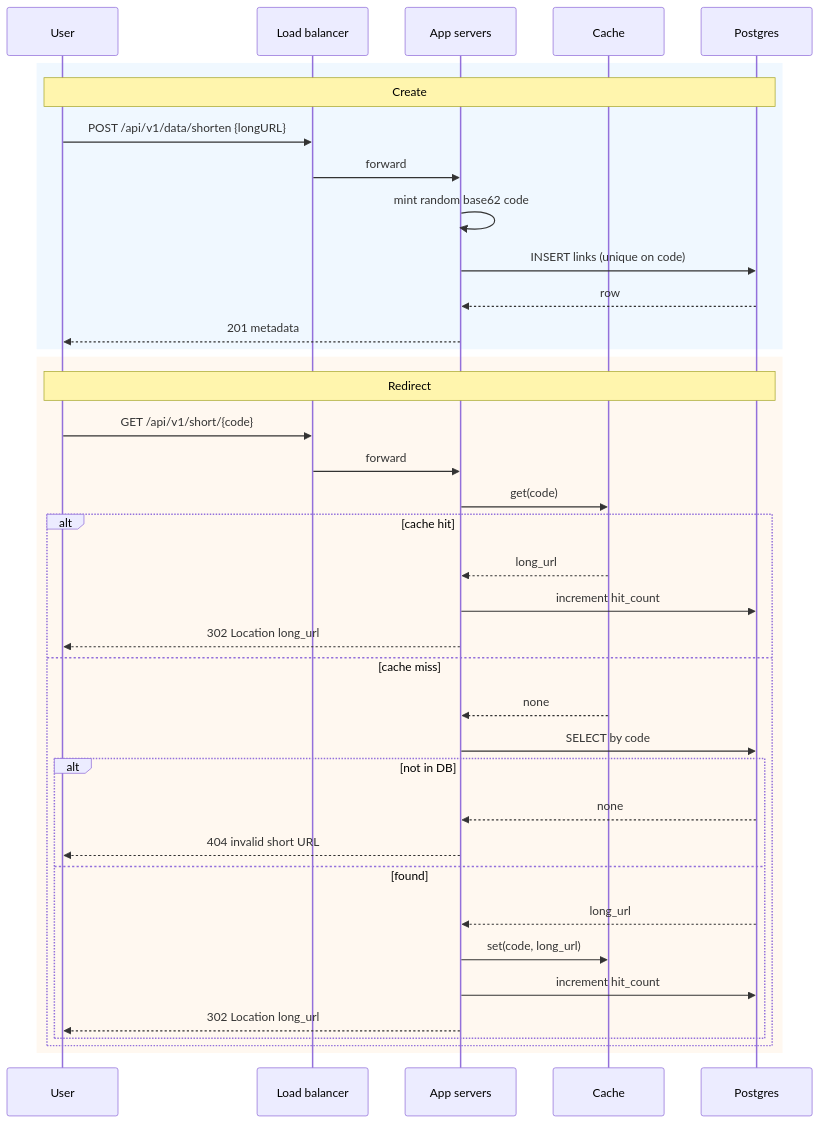
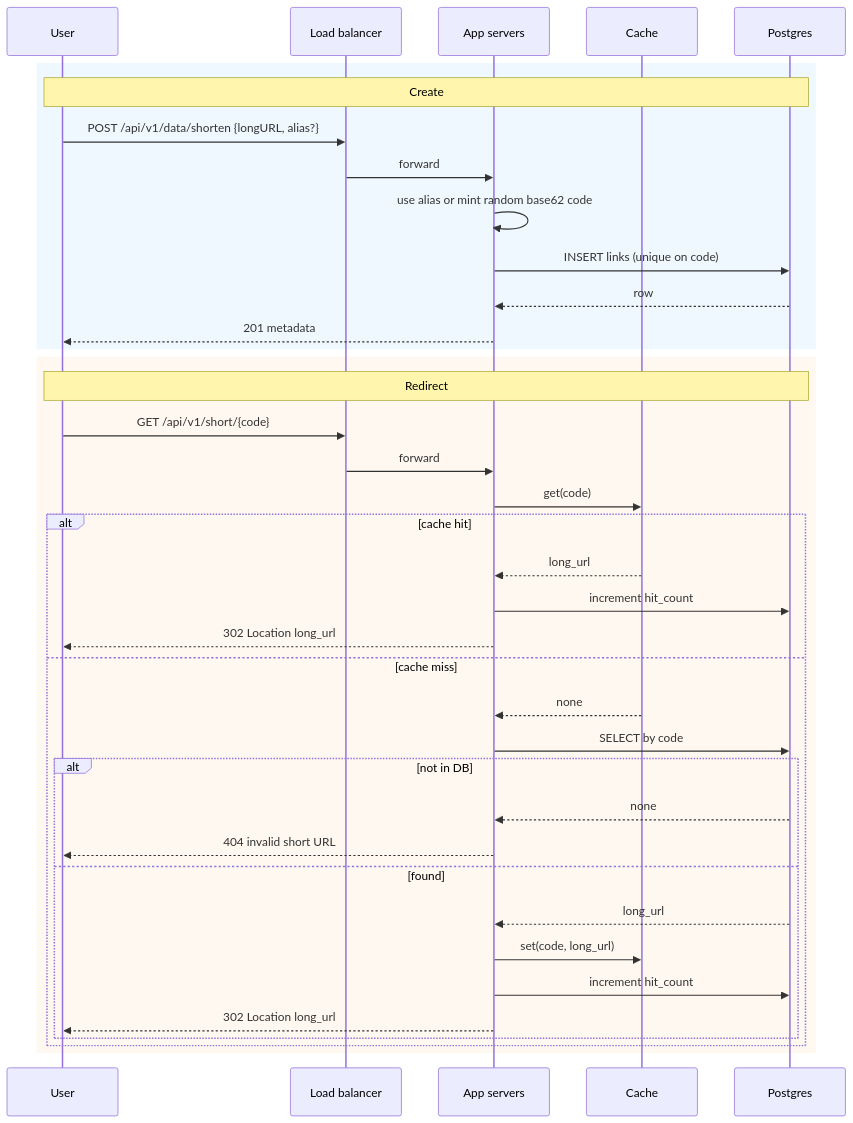
The second of 2 diagrams in ARCHITECTURE.md (lagarcess/do-blitz), drawn with Mermaid before and after one commit. The commit also changed other lines of this file and 8 other files, not shown here.

First line of the commit message:
feat: optional alias on shorten and last_accessed_at on redirect (#5)

````diff
--- a/ARCHITECTURE.md
+++ b/ARCHITECTURE.md
@@ -33,42 +33,42 @@
 ```mermaid
 sequenceDiagram
     participant User
     participant LB as Load balancer
     participant App as App servers
     participant Cache
     participant PG as Postgres
 
     rect rgb(240, 248, 255)
     Note over User,PG: Create
-    User->>LB: POST /api/v1/data/shorten {longURL}
+    User->>LB: POST /api/v1/data/shorten {longURL, alias?}
     LB->>App: forward
-    App->>App: mint random base62 code
+    App->>App: use alias or mint random base62 code
     App->>PG: INSERT links (unique on code)
     PG-->>App: row
     App-->>User: 201 metadata
     end
 
     rect rgb(255, 248, 240)
     Note over User,PG: Redirect
     User->>LB: GET /api/v1/short/{code}
     LB->>App: forward
     App->>Cache: get(code)
     alt cache hit
         Cache-->>App: long_url
         App->>PG: increment hit_count
         App-->>User: 302 Location long_url
     else cache miss
         Cache-->>App: none
         App->>PG: SELECT by code
         alt not in DB
             PG-->>App: none
             App-->>User: 404 invalid short URL
         else found
             PG-->>App: long_url
             App->>Cache: set(code, long_url)
             App->>PG: increment hit_count
             App-->>User: 302 Location long_url
         end
     end
     end
 ```
````
